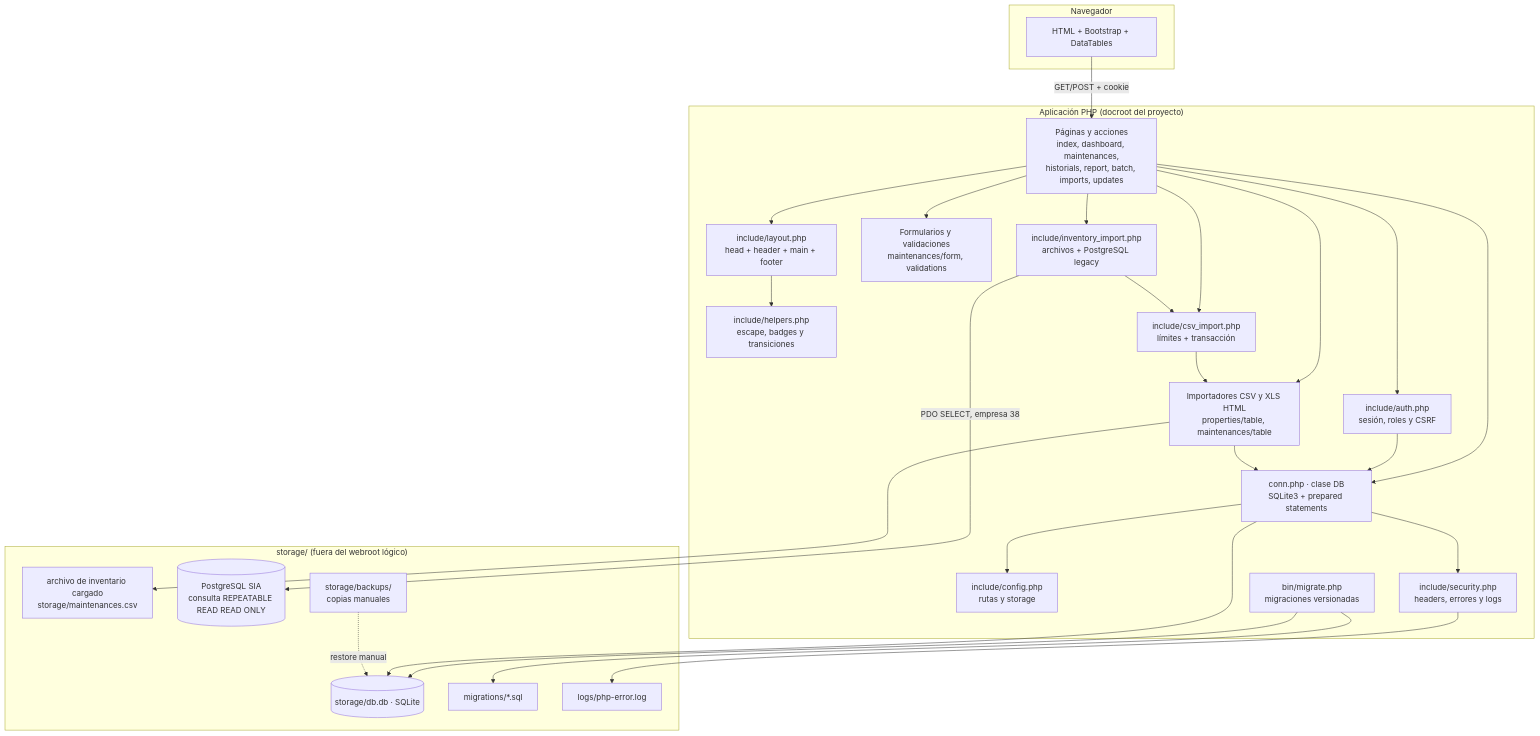
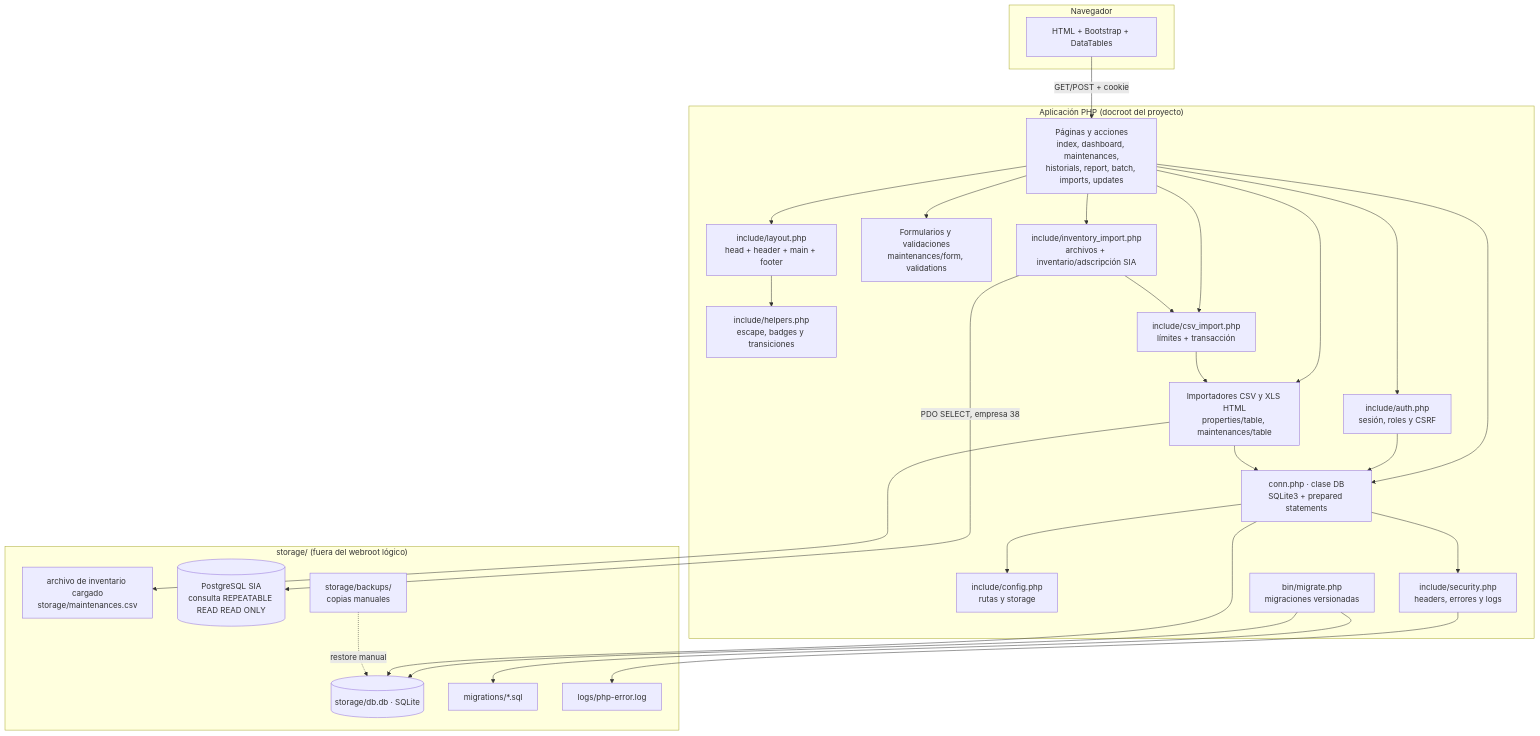
The first of 3 diagrams in docs/ARCHITECTURE.md (noemdb/systec), drawn with Mermaid before and after one commit. The commit also changed other lines of this file and 35 other files, not shown here.

````diff
--- a/docs/ARCHITECTURE.md
+++ b/docs/ARCHITECTURE.md
@@ -37,53 +37,53 @@
 ```mermaid
 graph TD
     subgraph Navegador
         UI[HTML + Bootstrap + DataTables]
     end
 
     subgraph PHP["Aplicación PHP (docroot del proyecto)"]
         PAGES[Páginas y acciones<br/>index, dashboard, maintenances,<br/>historials, report, batch, imports, updates]
         AUTH[include/auth.php<br/>sesión, roles y CSRF]
         LAYOUT[include/layout.php<br/>head + header + main + footer]
         HELPERS[include/helpers.php<br/>escape, badges y transiciones]
         CONFIG[include/config.php<br/>rutas y storage]
         SECURITY[include/security.php<br/>headers, errores y logs]
         DBLAYER[conn.php · clase DB<br/>SQLite3 + prepared statements]
         FORMS[Formularios y validaciones<br/>maintenances/form, validations]
         CSV[Importadores CSV y XLS HTML<br/>properties/table, maintenances/table]
-        INVENTORY[include/inventory_import.php<br/>archivos + PostgreSQL legacy]
+        INVENTORY[include/inventory_import.php<br/>archivos + inventario/adscripción SIA]
         CSVTX[include/csv_import.php<br/>límites + transacción]
         MIG[bin/migrate.php<br/>migraciones versionadas]
     end
 
     subgraph Datos["storage/ (fuera del webroot lógico)"]
         SQLITE[(storage/db.db · SQLite)]
         MIGRATIONS[migrations/*.sql]
         FILES[archivo de inventario cargado<br/>storage/maintenances.csv]
         LEGACY[(PostgreSQL SIA<br/>consulta REPEATABLE READ READ ONLY)]
         BACKUP[storage/backups/<br/>copias manuales]
         LOGS[logs/php-error.log]
     end
 
     UI -->|GET/POST + cookie| PAGES
     PAGES --> AUTH
     PAGES --> LAYOUT
     PAGES --> FORMS
     PAGES --> CSV
     PAGES --> INVENTORY
     PAGES --> CSVTX
     INVENTORY --> CSVTX
     INVENTORY -->|PDO SELECT, empresa 38| LEGACY
     CSVTX --> CSV
     MIG --> MIGRATIONS
     MIG --> SQLITE
     PAGES --> DBLAYER
     LAYOUT --> HELPERS
     AUTH --> DBLAYER
     DBLAYER --> CONFIG
     DBLAYER --> SECURITY
     SECURITY --> LOGS
     CSV --> DBLAYER
     DBLAYER --> SQLITE
     CSV --> FILES
     BACKUP -.->|restore manual| SQLITE
 ```
````
